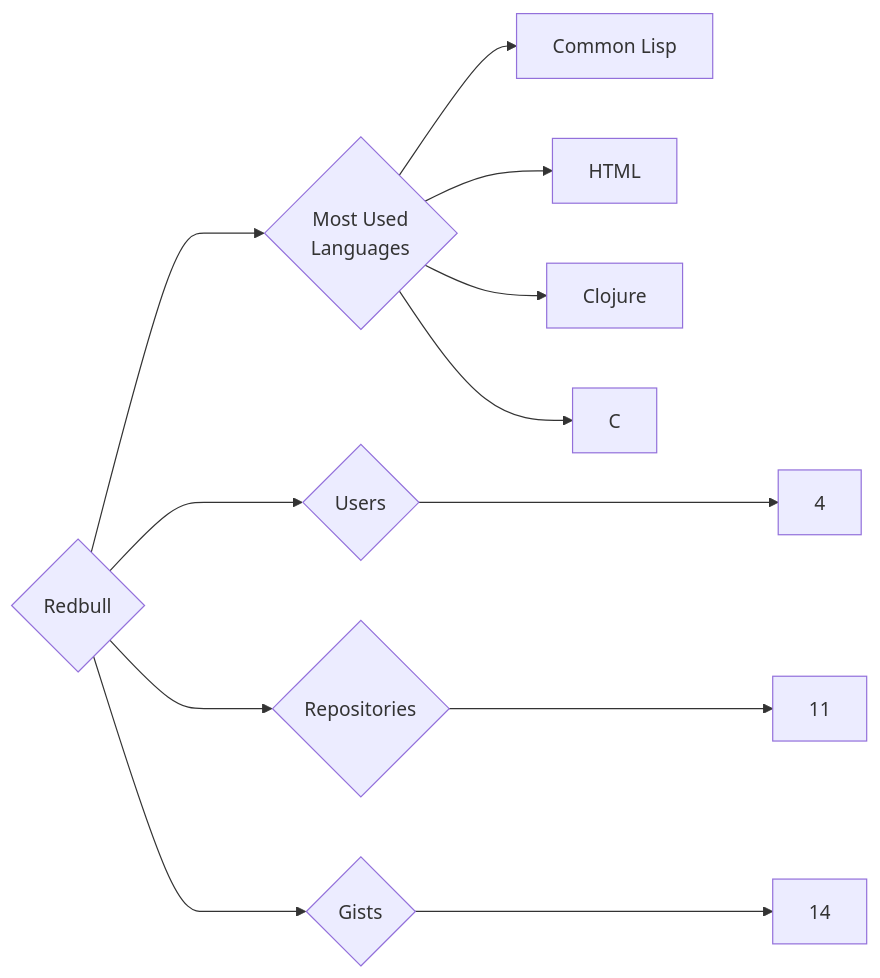
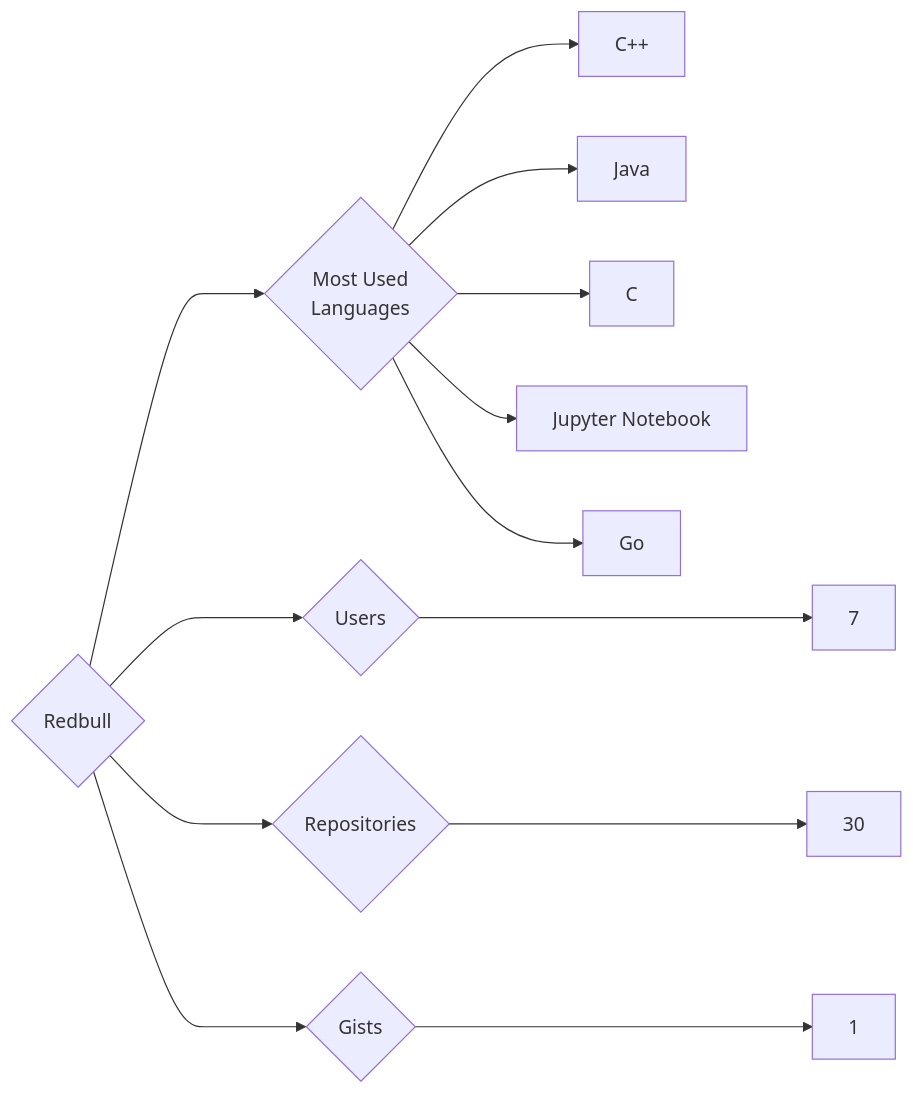
Before and after one commit to trickest/insiders: the diagram in targets/Redbull/README.md, drawn with Mermaid. The commit also changed 1508 other files, not shown here.

````diff
--- a/targets/Redbull/README.md
+++ b/targets/Redbull/README.md
@@ -3,12 +3,13 @@
 ```mermaid
 graph LR
 COMPANY_NAME{Redbull}
-COMPANY_NAME ---> U{Users} ---> UN[4]
-COMPANY_NAME ---> R{Repositories} ---> RN[11]
-COMPANY_NAME ---> G{Gists} ---> GN[14]
+COMPANY_NAME ---> U{Users} ---> UN[7]
+COMPANY_NAME ---> R{Repositories} ---> RN[30]
+COMPANY_NAME ---> G{Gists} ---> GN[1]
 COMPANY_NAME ---> ML{Most Used<br>Languages}
-ML --> Common_Lisp[Common Lisp]
-ML --> HTML[HTML]
-ML --> Clojure[Clojure]
+ML --> C++[C++]
+ML --> Java[Java]
 ML --> C[C]
+ML --> Jupyter_Notebook[Jupyter Notebook]
+ML --> Go[Go]
 ```
````
